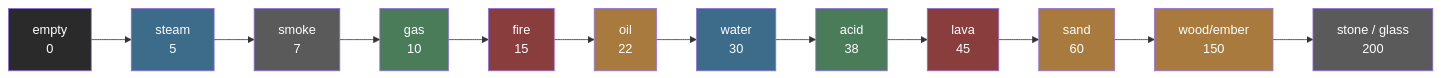
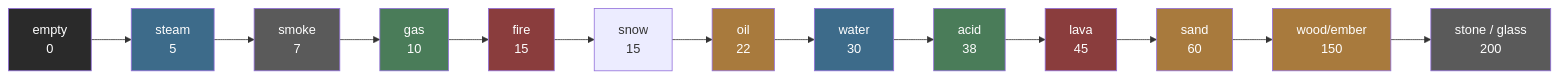
Before and after one commit to jose-villegas/esp32-c6-dev: the third of 7 diagrams in docs/Sand/Adding-a-Material.md, drawn with Mermaid. The commit also changed other lines of this file and 8 other files, not shown here.

````diff
--- a/docs/Sand/Adding-a-Material.md
+++ b/docs/Sand/Adding-a-Material.md
@@ -197,17 +197,17 @@
 ```mermaid
 flowchart LR
-    E["empty\n0"] --> S["steam\n5"] --> K["smoke\n7"] --> G["gas\n10"] --> F["fire\n15"] --> X["oil\n22"] --> W["water\n30"] --> AC["acid\n38"] --> LV["lava\n45"] --> A["sand\n60"] --> D["wood/ember\n150"] --> T["stone / glass\n200"]
+    E["empty\n0"] --> S["steam\n5"] --> K["smoke\n7"] --> G["gas\n10"] --> F["fire\n15"] --> SN["snow\n15"] --> X["oil\n22"] --> W["water\n30"] --> AC["acid\n38"] --> LV["lava\n45"] --> A["sand\n60"] --> D["wood/ember\n150"] --> T["stone / glass\n200"]
 
     style E fill:#2a2a2a,color:#fff
     style S fill:#3d6b8a,color:#fff
     style K fill:#5a5a5a,color:#fff
     style G fill:#4a7c59,color:#fff
     style F fill:#8a3d3d,color:#fff
     style W fill:#3d6b8a,color:#fff
     style A fill:#a87a3d,color:#fff
     style D fill:#a87a3d,color:#fff
     style T fill:#5a5a5a,color:#fff
     style X fill:#a87a3d,color:#fff
     style LV fill:#8a3d3d,color:#fff
     style AC fill:#4a7c59,color:#fff
 ```
````
